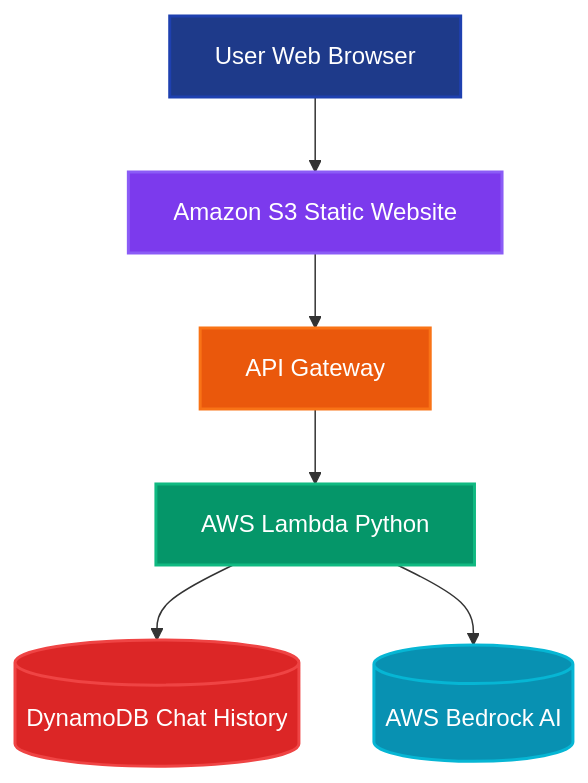
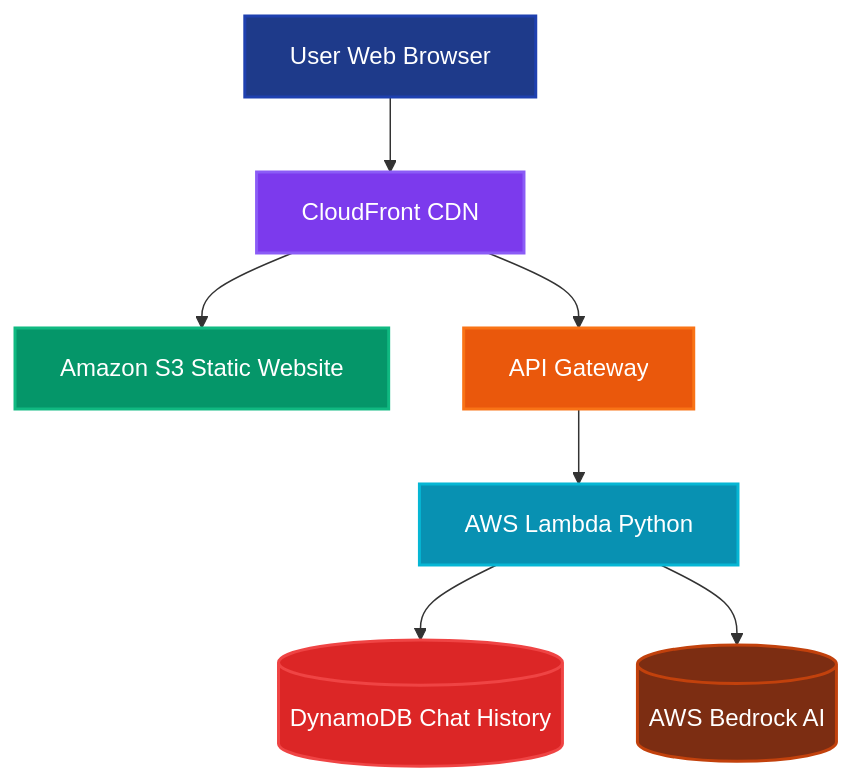
One commit to MFahim14/ChatBot changed the diagram in README.md. Above: the diagram before and after it, drawn with Mermaid.

Commit message:
Updated README.md to reflect changes in the architecture diagram, replacing API Gateway and adding CloudFront CDN, while also adjusting color styles for clarity.

````diff
--- a/README.md
+++ b/README.md
@@ -19,15 +19,17 @@
 ```mermaid
 graph TD
-    A[User Web Browser] --> B[Amazon S3 Static Website]
-    B --> C[API Gateway]
-    C --> D[AWS Lambda Python]
-    D --> E[(DynamoDB Chat History)]
-    D --> F[(AWS Bedrock AI)]
+    A[User Web Browser] --> B[CloudFront CDN]
+    B --> C[Amazon S3 Static Website]
+    B --> D[API Gateway]
+    D --> E[AWS Lambda Python]
+    E --> F[(DynamoDB Chat History)]
+    E --> G[(AWS Bedrock AI)]
     
     style A fill:#1e3a8a,stroke:#1e40af,stroke-width:2px,color:#ffffff
     style B fill:#7c3aed,stroke:#8b5cf6,stroke-width:2px,color:#ffffff
-    style C fill:#ea580c,stroke:#f97316,stroke-width:2px,color:#ffffff
-    style D fill:#059669,stroke:#10b981,stroke-width:2px,color:#ffffff
-    style E fill:#dc2626,stroke:#ef4444,stroke-width:2px,color:#ffffff
-    style F fill:#0891b2,stroke:#06b6d4,stroke-width:2px,color:#ffffff
+    style C fill:#059669,stroke:#10b981,stroke-width:2px,color:#ffffff
+    style D fill:#ea580c,stroke:#f97316,stroke-width:2px,color:#ffffff
+    style E fill:#0891b2,stroke:#06b6d4,stroke-width:2px,color:#ffffff
+    style F fill:#dc2626,stroke:#ef4444,stroke-width:2px,color:#ffffff
+    style G fill:#7c2d12,stroke:#c2410c,stroke-width:2px,color:#ffffff
 ```
````
